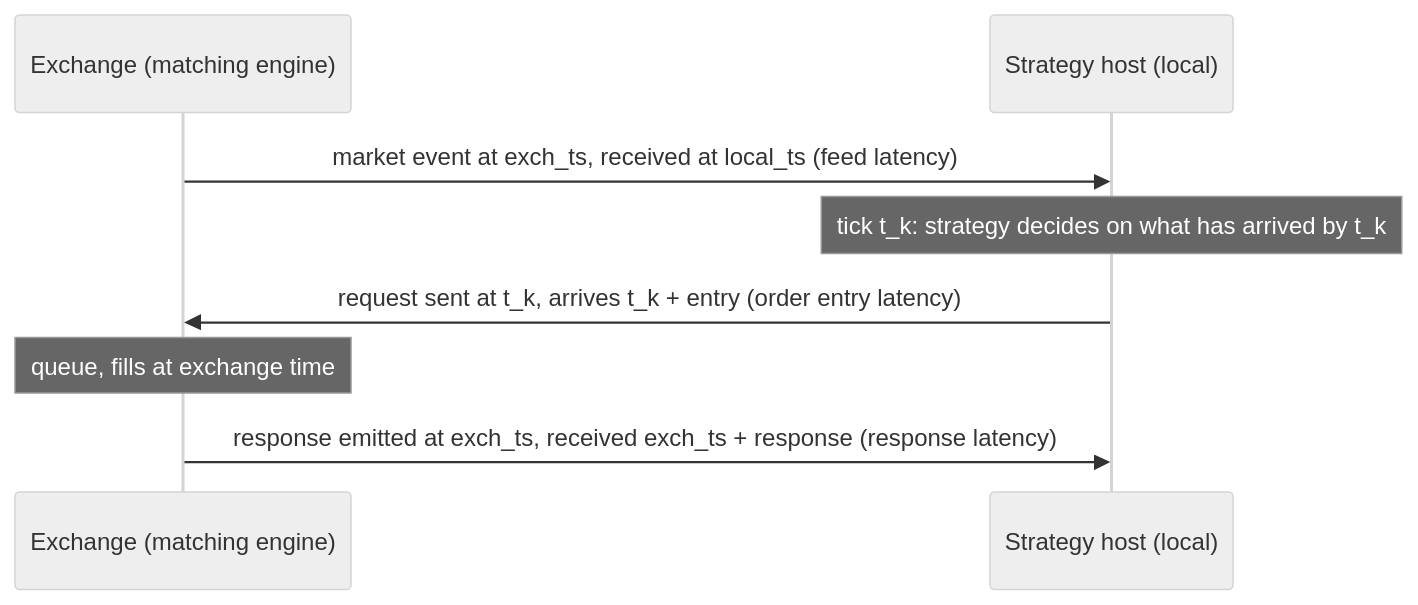
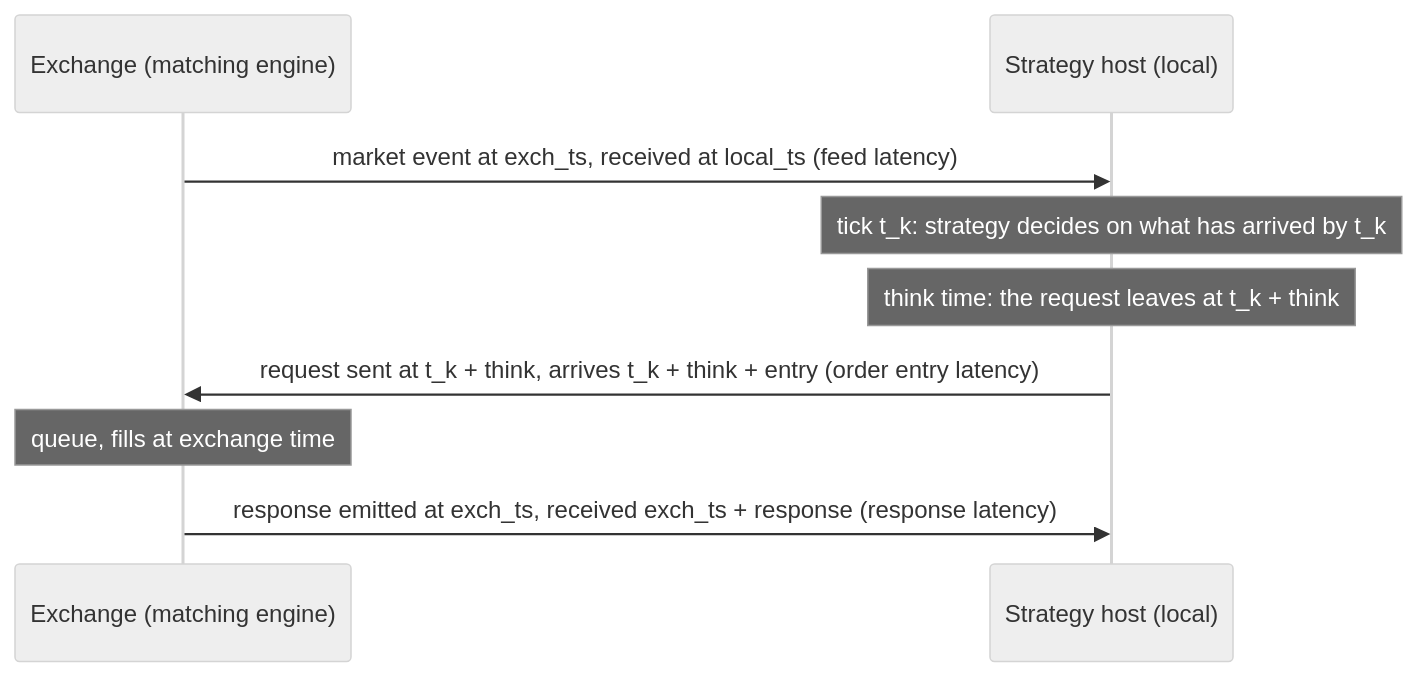
One commit to tanmay-alpha/BlackBox-HFT changed the diagram in docs/LATENCY_MODEL.md. Above: the diagram before and after it, drawn with Mermaid (neutral theme). The commit also changed other lines of this file and 35 other files, not shown here.

First line of the commit message:
Latency laboratory, think time, GLFT market maker, libm-fingerprint platform classes

````diff
--- a/docs/LATENCY_MODEL.md
+++ b/docs/LATENCY_MODEL.md
@@ -23,10 +23,11 @@
 ```mermaid
 sequenceDiagram
   participant X as Exchange (matching engine)
   participant L as Strategy host (local)
   X->>L: market event at exch_ts, received at local_ts (feed latency)
   Note over L: tick t_k: strategy decides on what has arrived by t_k
-  L->>X: request sent at t_k, arrives t_k + entry (order entry latency)
+  Note over L: think time: the request leaves at t_k + think
+  L->>X: request sent at t_k + think, arrives t_k + think + entry (order entry latency)
   Note over X: queue, fills at exchange time
   X->>L: response emitted at exch_ts, received exch_ts + response (response latency)
 ```
````
